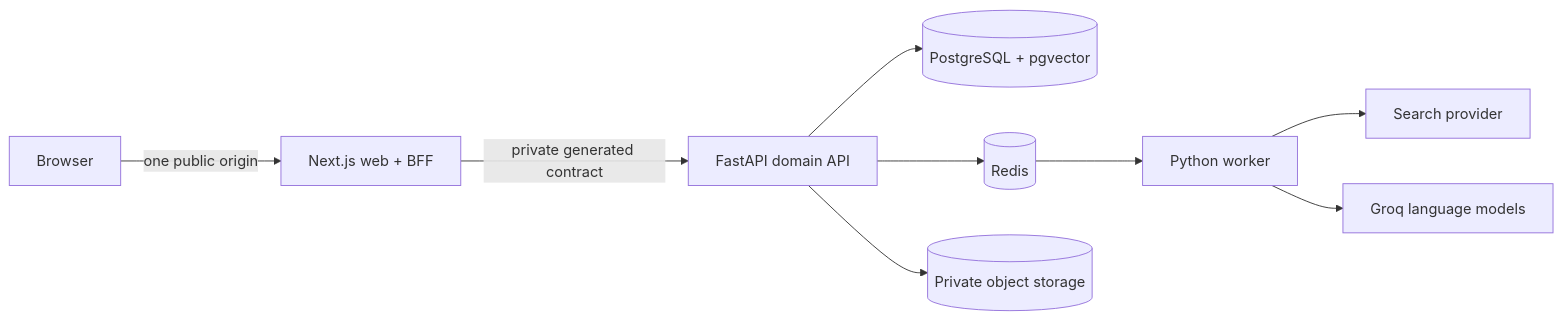
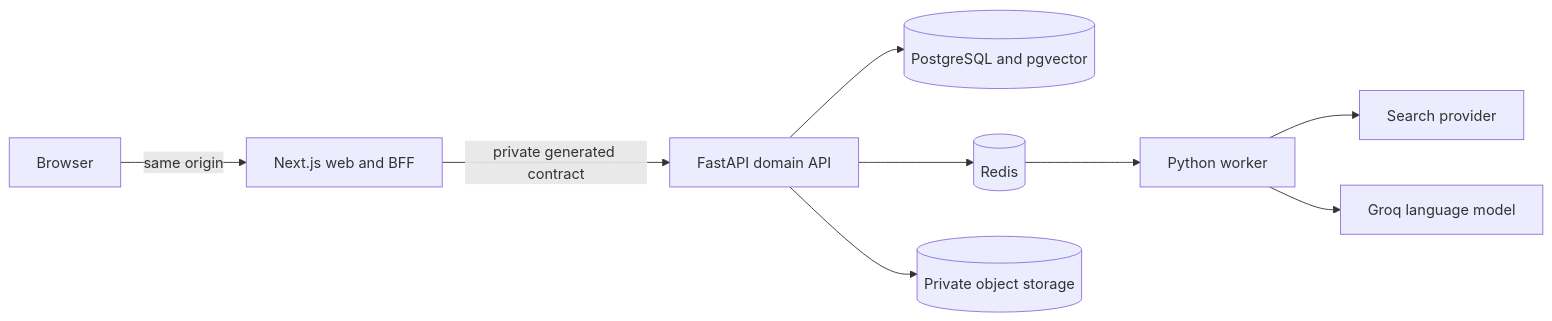
Before and after one commit to DevaWinner/shaidago: the second of 2 diagrams in README.md, drawn with Mermaid. The commit also changed other lines of this file, not shown here.

````diff
--- a/README.md
+++ b/README.md
@@ -63,11 +82,11 @@
 ```mermaid
 flowchart LR
-    B[Browser] -->|one public origin| W[Next.js web + BFF]
+    B[Browser] -->|same origin| W[Next.js web and BFF]
     W -->|private generated contract| A[FastAPI domain API]
-    A --> D[(PostgreSQL + pgvector)]
+    A --> D[(PostgreSQL and pgvector)]
     A --> R[(Redis)]
     A --> O[(Private object storage)]
     R --> K[Python worker]
     K --> S[Search provider]
-    K --> L[Groq language models]
+    K --> L[Groq language model]
 ```
````
